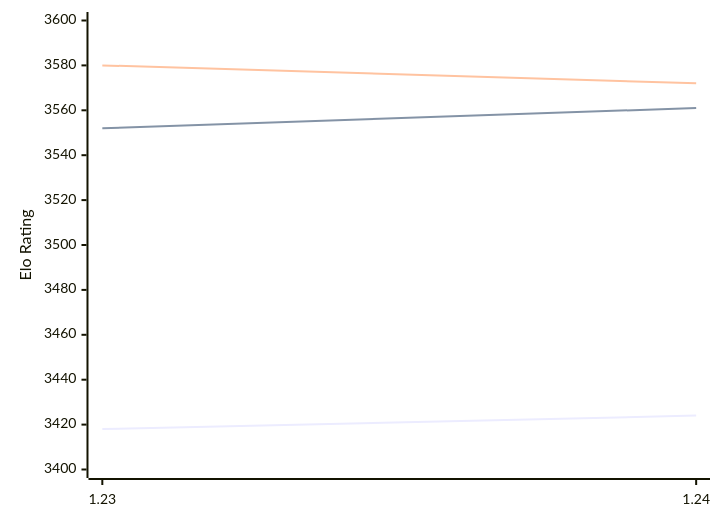
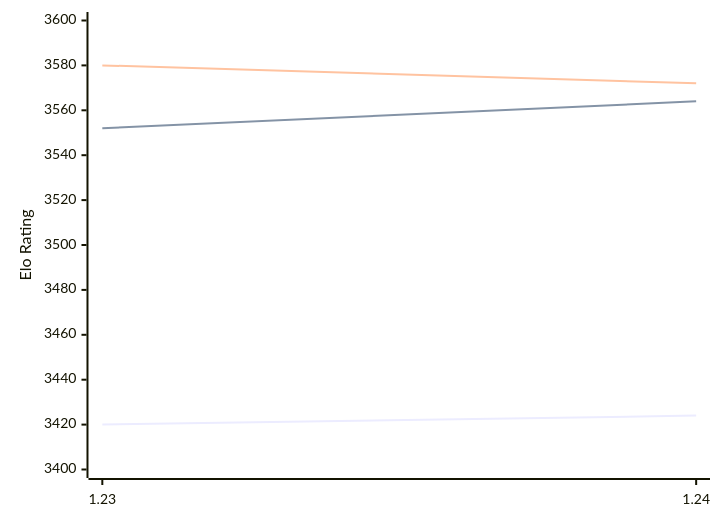
The diagram in engines/Caissa.md (computer-chess-index/cci), drawn with Mermaid before and after one commit. The commit also changed other lines of this file, not shown here.

````diff
--- a/engines/Caissa.md
+++ b/engines/Caissa.md
@@ -61,9 +61,9 @@
 ```mermaid
 %%{init: {"theme":"base","themeVariables":{"seriesColors:['#a3a3a3','#222221','#faa371']}}}%%
 xychart-beta
   x-axis ["1.23", "1.24"]
   y-axis "Elo Rating" 3400 --> 3600
-  line "STC (8.0+0.08s)" [3418, 3424]
-  line "LTC (60.0+0.60s)" [3552, 3561]
+  line "STC (8.0+0.08s)" [3420, 3424]
+  line "LTC (60.0+0.60s)" [3552, 3564]
   line "VLTC (2m24s+1.12s)" [3580, 3572]
 ```
````
